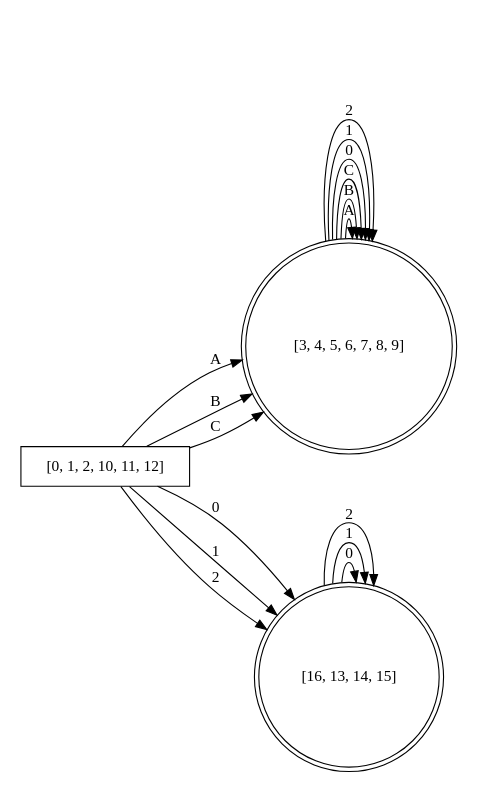
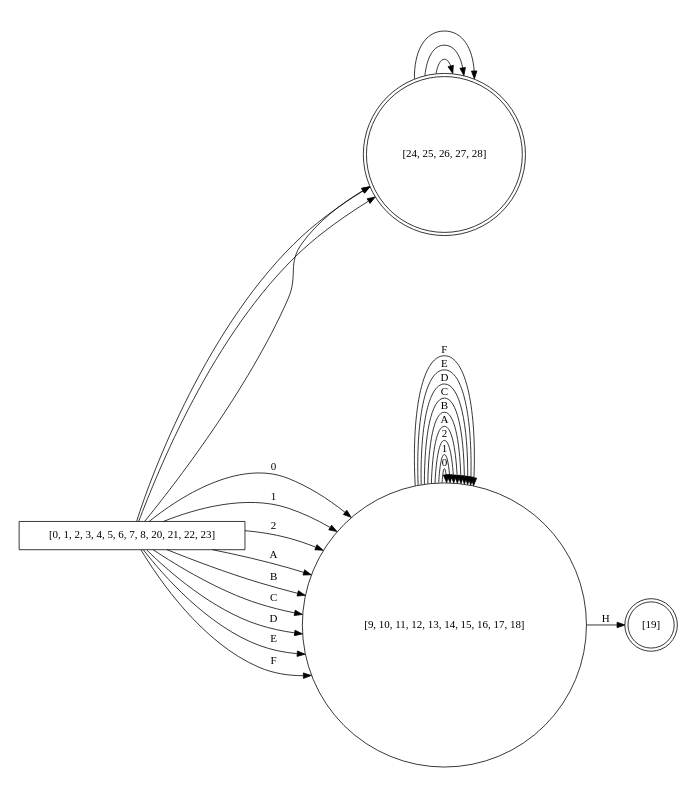
One commit to AngryR4v3n/LenguajesPR2 changed the diagram in dfa_subset.gv. Above: the diagram before and after it, drawn with Graphviz. The commit also changed 8 other files, not shown here.

```diff
--- a/dfa_subset.gv
+++ b/dfa_subset.gv
@@ -1,51 +1,49 @@
 digraph finite_state_machine {
 	rankdir=LR size="8,5"
 	node [shape=rectangular]
-	"[0, 1, 2, 10, 11, 12]"
+	"[0, 1, 2, 3, 4, 5, 6, 7, 8, 20, 21, 22, 23]"
 	node [shape=doublecircle]
-	"[3, 4, 5, 6, 7, 8, 9]"
+	"[24, 25, 26, 27, 28]"
 	node [shape=doublecircle]
-	"[3, 4, 5, 6, 7, 8, 9]"
+	"[24, 25, 26, 27, 28]"
 	node [shape=doublecircle]
-	"[3, 4, 5, 6, 7, 8, 9]"
+	"[24, 25, 26, 27, 28]"
 	node [shape=doublecircle]
-	"[16, 13, 14, 15]"
+	"[19]"
 	node [shape=doublecircle]
-	"[16, 13, 14, 15]"
+	"[24, 25, 26, 27, 28]"
 	node [shape=doublecircle]
-	"[16, 13, 14, 15]"
+	"[24, 25, 26, 27, 28]"
 	node [shape=doublecircle]
-	"[3, 4, 5, 6, 7, 8, 9]"
-	node [shape=doublecircle]
-	"[3, 4, 5, 6, 7, 8, 9]"
-	node [shape=doublecircle]
-	"[3, 4, 5, 6, 7, 8, 9]"
-	node [shape=doublecircle]
-	"[3, 4, 5, 6, 7, 8, 9]"
-	node [shape=doublecircle]
-	"[3, 4, 5, 6, 7, 8, 9]"
-	node [shape=doublecircle]
-	"[3, 4, 5, 6, 7, 8, 9]"
-	node [shape=doublecircle]
-	"[16, 13, 14, 15]"
-	node [shape=doublecircle]
-	"[16, 13, 14, 15]"
-	node [shape=doublecircle]
-	"[16, 13, 14, 15]"
+	"[24, 25, 26, 27, 28]"
 	node [shape=circle]
-	"[0, 1, 2, 10, 11, 12]" -> "[3, 4, 5, 6, 7, 8, 9]" [label=A]
-	"[0, 1, 2, 10, 11, 12]" -> "[3, 4, 5, 6, 7, 8, 9]" [label=B]
-	"[0, 1, 2, 10, 11, 12]" -> "[3, 4, 5, 6, 7, 8, 9]" [label=C]
-	"[0, 1, 2, 10, 11, 12]" -> "[16, 13, 14, 15]" [label=0]
-	"[0, 1, 2, 10, 11, 12]" -> "[16, 13, 14, 15]" [label=1]
-	"[0, 1, 2, 10, 11, 12]" -> "[16, 13, 14, 15]" [label=2]
-	"[3, 4, 5, 6, 7, 8, 9]" -> "[3, 4, 5, 6, 7, 8, 9]" [label=A]
-	"[3, 4, 5, 6, 7, 8, 9]" -> "[3, 4, 5, 6, 7, 8, 9]" [label=B]
-	"[3, 4, 5, 6, 7, 8, 9]" -> "[3, 4, 5, 6, 7, 8, 9]" [label=C]
-	"[3, 4, 5, 6, 7, 8, 9]" -> "[3, 4, 5, 6, 7, 8, 9]" [label=0]
-	"[3, 4, 5, 6, 7, 8, 9]" -> "[3, 4, 5, 6, 7, 8, 9]" [label=1]
-	"[3, 4, 5, 6, 7, 8, 9]" -> "[3, 4, 5, 6, 7, 8, 9]" [label=2]
-	"[16, 13, 14, 15]" -> "[16, 13, 14, 15]" [label=0]
-	"[16, 13, 14, 15]" -> "[16, 13, 14, 15]" [label=1]
-	"[16, 13, 14, 15]" -> "[16, 13, 14, 15]" [label=2]
+	"[0, 1, 2, 3, 4, 5, 6, 7, 8, 20, 21, 22, 23]" -> "[9, 10, 11, 12, 13, 14, 15, 16, 17, 18]" [label=0]
+	"[0, 1, 2, 3, 4, 5, 6, 7, 8, 20, 21, 22, 23]" -> "[9, 10, 11, 12, 13, 14, 15, 16, 17, 18]" [label=1]
+	"[0, 1, 2, 3, 4, 5, 6, 7, 8, 20, 21, 22, 23]" -> "[9, 10, 11, 12, 13, 14, 15, 16, 17, 18]" [label=2]
+	"[0, 1, 2, 3, 4, 5, 6, 7, 8, 20, 21, 22, 23]" -> "[9, 10, 11, 12, 13, 14, 15, 16, 17, 18]" [label=A]
+	"[0, 1, 2, 3, 4, 5, 6, 7, 8, 20, 21, 22, 23]" -> "[9, 10, 11, 12, 13, 14, 15, 16, 17, 18]" [label=B]
+	"[0, 1, 2, 3, 4, 5, 6, 7, 8, 20, 21, 22, 23]" -> "[9, 10, 11, 12, 13, 14, 15, 16, 17, 18]" [label=C]
+	"[0, 1, 2, 3, 4, 5, 6, 7, 8, 20, 21, 22, 23]" -> "[9, 10, 11, 12, 13, 14, 15, 16, 17, 18]" [label=D]
+	"[0, 1, 2, 3, 4, 5, 6, 7, 8, 20, 21, 22, 23]" -> "[9, 10, 11, 12, 13, 14, 15, 16, 17, 18]" [label=E]
+	"[0, 1, 2, 3, 4, 5, 6, 7, 8, 20, 21, 22, 23]" -> "[9, 10, 11, 12, 13, 14, 15, 16, 17, 18]" [label=F]
+	"[0, 1, 2, 3, 4, 5, 6, 7, 8, 20, 21, 22, 23]" -> "[24, 25, 26, 27, 28]" [label="
+"]
+	"[0, 1, 2, 3, 4, 5, 6, 7, 8, 20, 21, 22, 23]" -> "[24, 25, 26, 27, 28]" [label="
+"]
+	"[0, 1, 2, 3, 4, 5, 6, 7, 8, 20, 21, 22, 23]" -> "[24, 25, 26, 27, 28]" [label="	"]
+	"[9, 10, 11, 12, 13, 14, 15, 16, 17, 18]" -> "[9, 10, 11, 12, 13, 14, 15, 16, 17, 18]" [label=0]
+	"[9, 10, 11, 12, 13, 14, 15, 16, 17, 18]" -> "[9, 10, 11, 12, 13, 14, 15, 16, 17, 18]" [label=1]
+	"[9, 10, 11, 12, 13, 14, 15, 16, 17, 18]" -> "[9, 10, 11, 12, 13, 14, 15, 16, 17, 18]" [label=2]
+	"[9, 10, 11, 12, 13, 14, 15, 16, 17, 18]" -> "[9, 10, 11, 12, 13, 14, 15, 16, 17, 18]" [label=A]
+	"[9, 10, 11, 12, 13, 14, 15, 16, 17, 18]" -> "[9, 10, 11, 12, 13, 14, 15, 16, 17, 18]" [label=B]
+	"[9, 10, 11, 12, 13, 14, 15, 16, 17, 18]" -> "[9, 10, 11, 12, 13, 14, 15, 16, 17, 18]" [label=C]
+	"[9, 10, 11, 12, 13, 14, 15, 16, 17, 18]" -> "[9, 10, 11, 12, 13, 14, 15, 16, 17, 18]" [label=D]
+	"[9, 10, 11, 12, 13, 14, 15, 16, 17, 18]" -> "[9, 10, 11, 12, 13, 14, 15, 16, 17, 18]" [label=E]
+	"[9, 10, 11, 12, 13, 14, 15, 16, 17, 18]" -> "[9, 10, 11, 12, 13, 14, 15, 16, 17, 18]" [label=F]
+	"[9, 10, 11, 12, 13, 14, 15, 16, 17, 18]" -> "[19]" [label=H]
+	"[24, 25, 26, 27, 28]" -> "[24, 25, 26, 27, 28]" [label="
+"]
+	"[24, 25, 26, 27, 28]" -> "[24, 25, 26, 27, 28]" [label="
+"]
+	"[24, 25, 26, 27, 28]" -> "[24, 25, 26, 27, 28]" [label="	"]
 }
```
